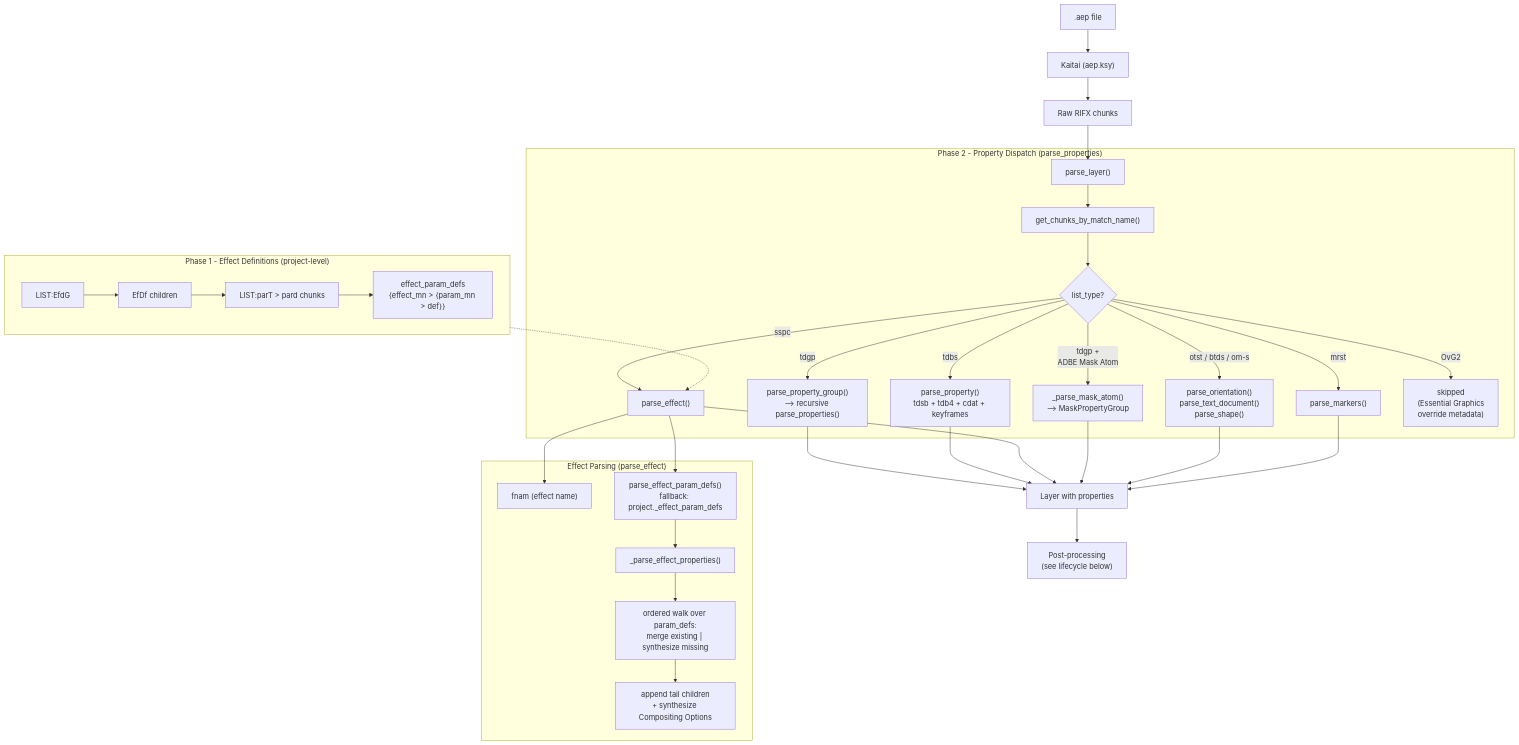
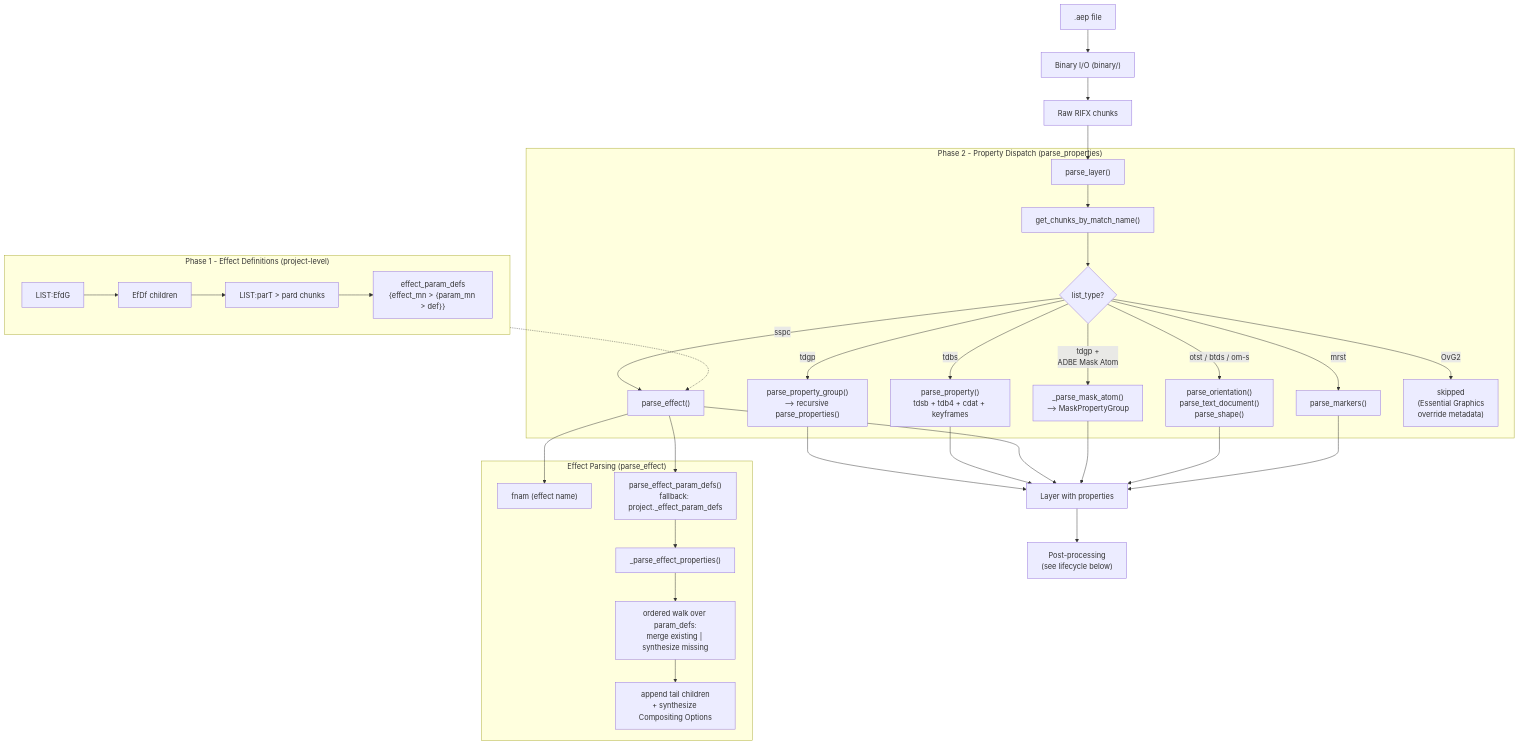
Before and after one commit to forticheprod/py-aep: the first of 2 diagrams in CONTRIBUTING.md, drawn with Mermaid. The commit also changed other lines of this file and 106 other files, not shown here.

````diff
--- a/CONTRIBUTING.md
+++ b/CONTRIBUTING.md
@@ -105,41 +95,41 @@
 ```mermaid
 flowchart TD
-    AEP[".aep file"] --> Kaitai["Kaitai (aep.ksy)"]
-    Kaitai --> Chunks["Raw RIFX chunks"]
+    AEP[".aep file"] --> Binary["Binary I/O (binary/)"]
+    Binary --> Chunks["Raw RIFX chunks"]
     Chunks --> PL["parse_layer()"]
 
     subgraph Phase1["Phase 1 - Effect Definitions (project-level)"]
         EfdG["LIST:EfdG"] --> EfDf["EfDf children"]
         EfDf --> parT["LIST:parT > pard chunks"]
         parT --> ParamDefs["effect_param_defs\n{effect_mn > {param_mn > def}}"]
     end
 
     subgraph Phase2["Phase 2 - Property Dispatch (parse_properties)"]
         PL --> CMN["get_chunks_by_match_name()"]
         CMN --> dispatch{"list_type?"}
         dispatch -->|"tdgp"| PG["parse_property_group()\n--> recursive parse_properties()"]
         dispatch -->|"tdbs"| PP["parse_property()\ntdsb + tdb4 + cdat + keyframes"]
         dispatch -->|"sspc"| PE["parse_effect()"]
         dispatch -->|"tdgp +\nADBE Mask Atom"| PM["_parse_mask_atom()\n--> MaskPropertyGroup"]
         dispatch -->|"otst / btds / om-s"| PS["parse_orientation()\nparse_text_document()\nparse_shape()"]
         dispatch -->|"mrst"| MK["parse_markers()"]
         dispatch -->|"OvG2"| SK["skipped\n(Essential Graphics\noverride metadata)"]
     end
 
     subgraph Phase2A["Effect Parsing (parse_effect)"]
         PE --> FN["fnam (effect name)"]
         PE --> PD["parse_effect_param_defs()\nfallback: project._effect_param_defs"]
         PD --> EPP["_parse_effect_properties()"]
         EPP --> Walk["ordered walk over param_defs:\nmerge existing | synthesize missing"]
         Walk --> Tail["append tail children\n+ synthesize Compositing Options"]
     end
 
     PG --> Result["Layer with properties"]
     PP --> Result
     PE --> Result
     PM --> Result
     PS --> Result
     MK --> Result
     Result --> PostProc["Post-processing\n(see lifecycle below)"]
     Phase1 -.-> PE
 ```
````
